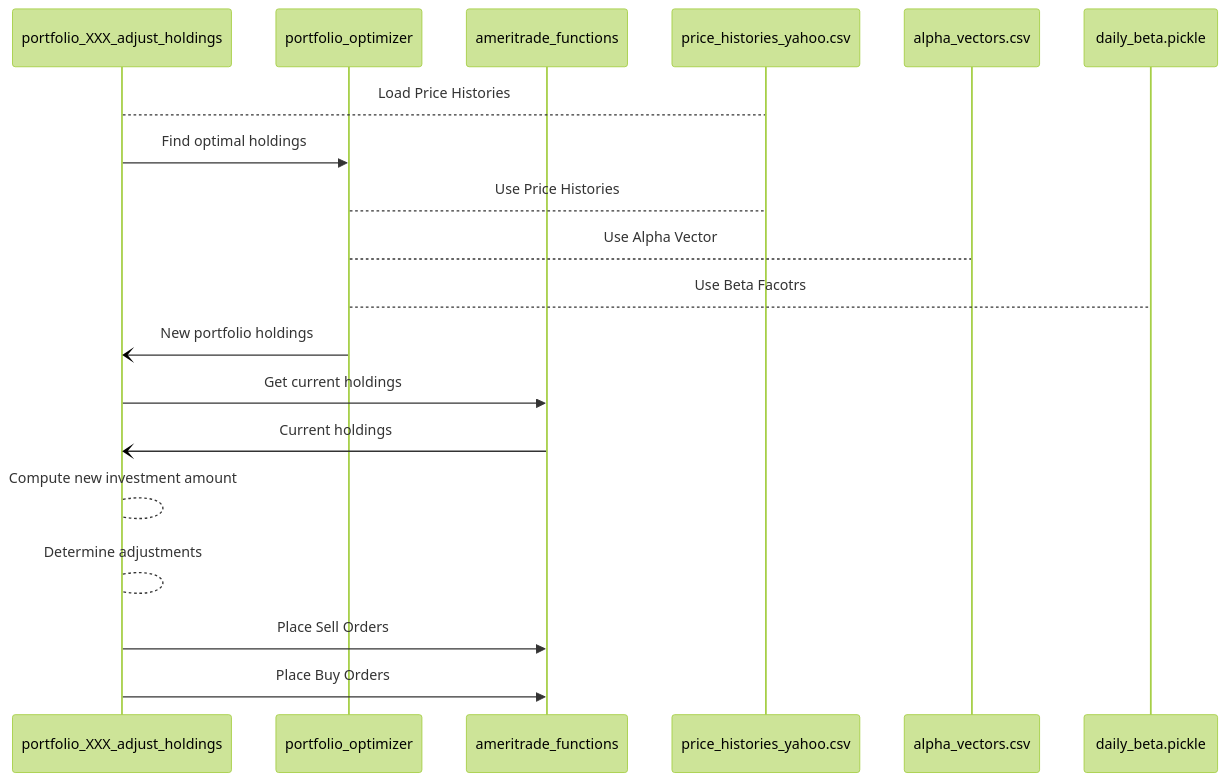
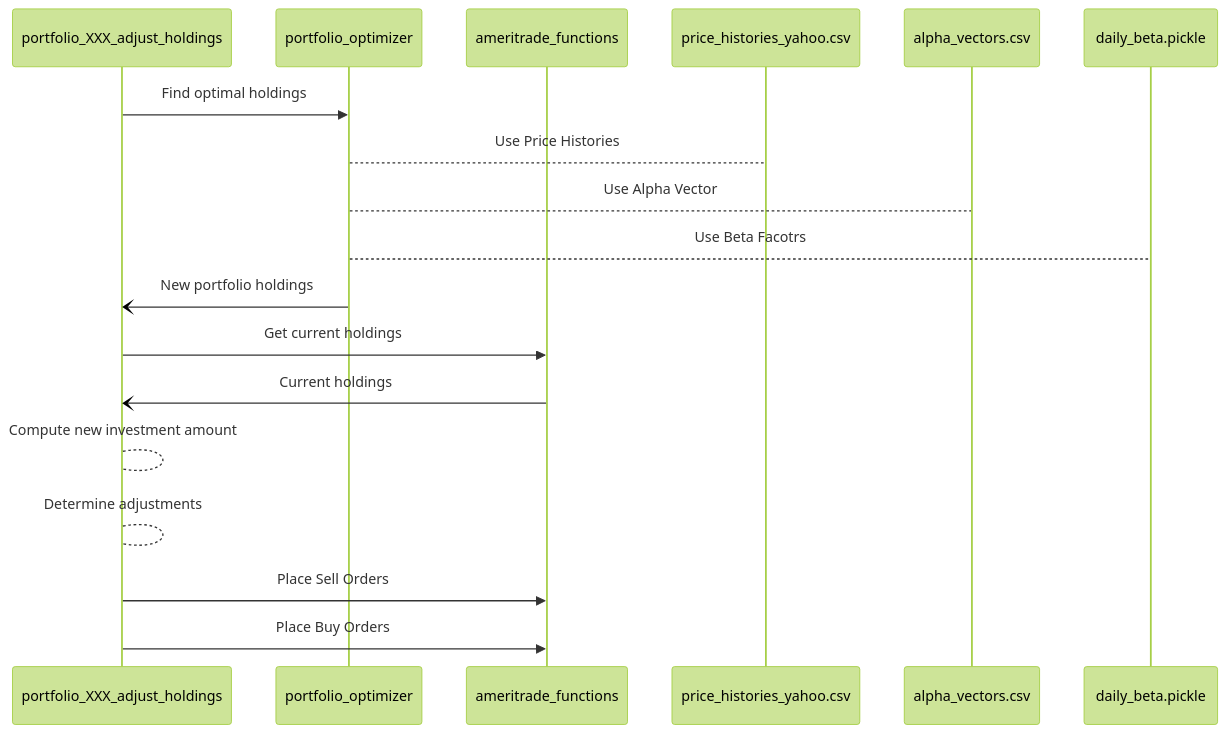
Before and after one commit to nmaiorana/svi-trading-tools: the fourth of 4 diagrams in README.md, drawn with Mermaid (forest theme).

````diff
--- a/README.md
+++ b/README.md
@@ -110,20 +110,19 @@
 ```mermaid
 sequenceDiagram
 participant portfolio_XXX_adjust_holdings
 participant portfolio_optimizer
 participant ameritrade_functions
-portfolio_XXX_adjust_holdings --> price_histories_yahoo.csv: Load Price Histories
 portfolio_XXX_adjust_holdings ->> portfolio_optimizer: Find optimal holdings
 
 portfolio_optimizer --> price_histories_yahoo.csv: Use Price Histories
 portfolio_optimizer --> alpha_vectors.csv: Use Alpha Vector
 portfolio_optimizer --> daily_beta.pickle: Use Beta Facotrs
 portfolio_optimizer -) portfolio_XXX_adjust_holdings: New portfolio holdings
 
 portfolio_XXX_adjust_holdings ->> ameritrade_functions: Get current holdings
 ameritrade_functions -) portfolio_XXX_adjust_holdings: Current holdings
 portfolio_XXX_adjust_holdings --> portfolio_XXX_adjust_holdings: Compute new investment amount
 portfolio_XXX_adjust_holdings --> portfolio_XXX_adjust_holdings: Determine adjustments
 portfolio_XXX_adjust_holdings ->> ameritrade_functions: Place Sell Orders
 portfolio_XXX_adjust_holdings ->> ameritrade_functions: Place Buy Orders
 ```
````
